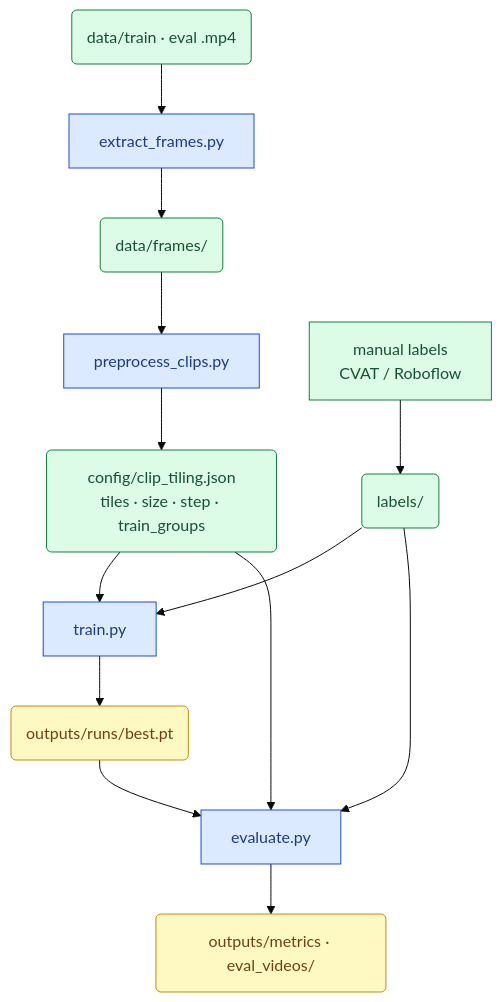
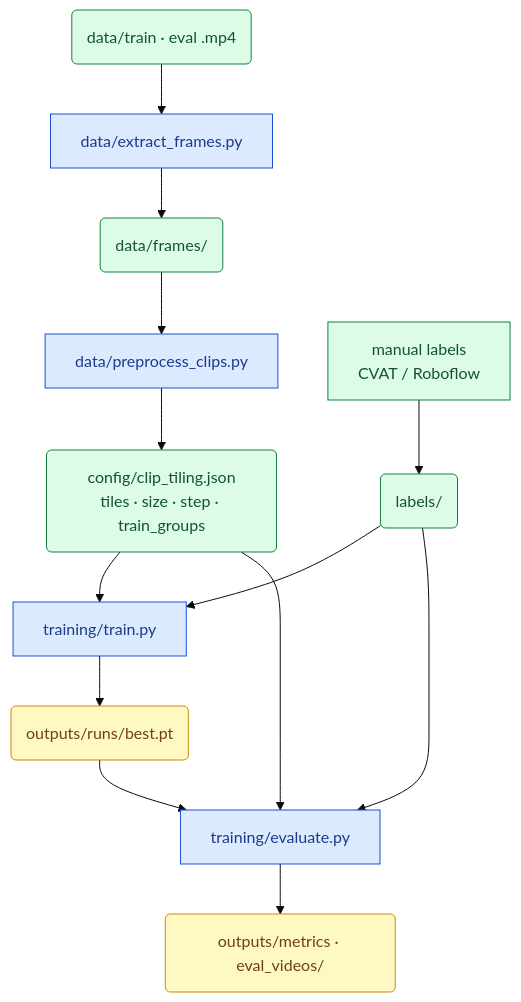
The diagram in README.md (alisea-natan/aerial_vehicle_detection), drawn with Mermaid (base theme) before and after one commit. The commit also changed other lines of this file and 45 other files, not shown here.

````diff
--- a/README.md
+++ b/README.md
@@ -95,34 +94,34 @@
 ```mermaid
 flowchart TB
     classDef script fill:#dbeafe,stroke:#1d4ed8,color:#1e3a8a
     classDef data fill:#dcfce7,stroke:#15803d,color:#14532d
     classDef output fill:#fef9c3,stroke:#ca8a04,color:#713f12
 
     V(data/train · eval .mp4):::data
 
-    S1[extract_frames.py]:::script
+    S1[data/extract_frames.py]:::script
     F(data/frames/):::data
 
-    S2[preprocess_clips.py]:::script
+    S2[data/preprocess_clips.py]:::script
     CFG(config/clip_tiling.json<br/>tiles · size · step · train_groups):::data
 
     MAN[manual labels<br/>CVAT / Roboflow]:::data
     LAB(labels/):::data
 
-    S4[train.py]:::script
+    S4[training/train.py]:::script
     WT(outputs/runs/best.pt):::output
 
-    S5[evaluate.py]:::script
+    S5[training/evaluate.py]:::script
     MET(outputs/metrics · eval_videos/):::output
 
     V --> S1 --> F
     F --> S2 --> CFG
     MAN --> LAB
     LAB --> S4
     CFG --> S4
     S4 --> WT
     WT --> S5
     CFG --> S5
     LAB --> S5
     S5 --> MET
 ```
````
